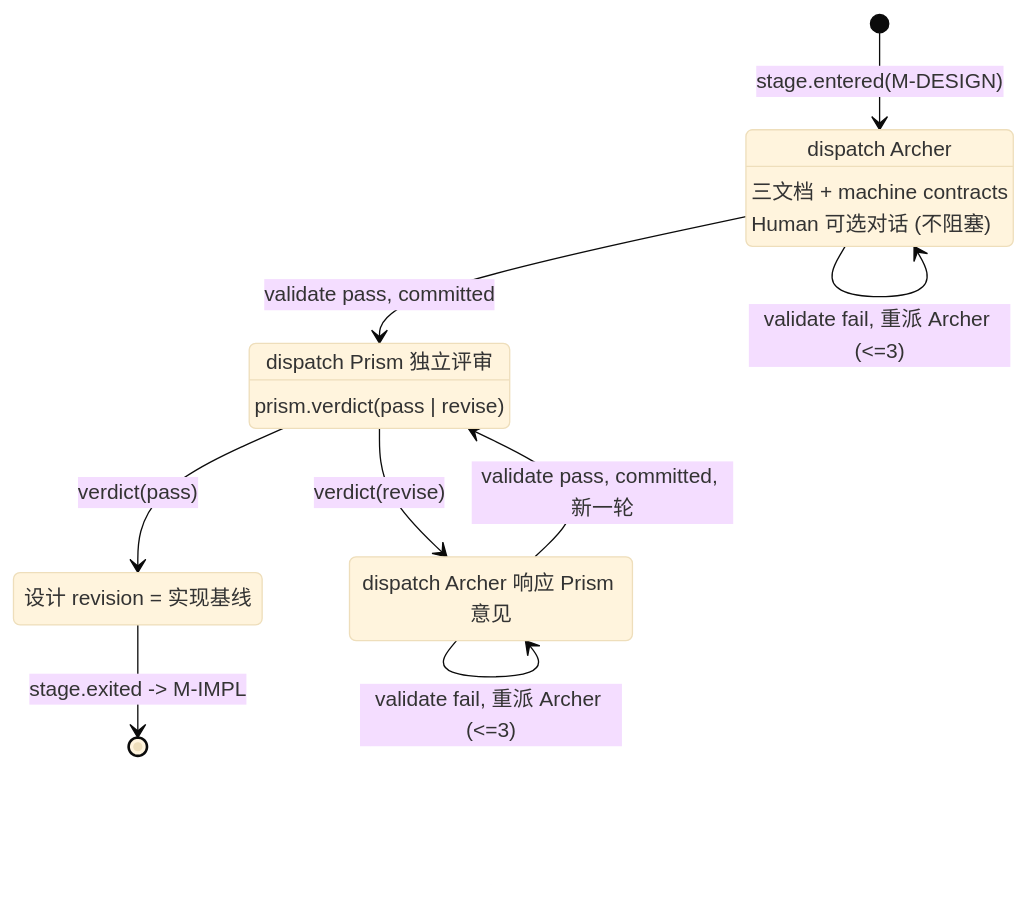
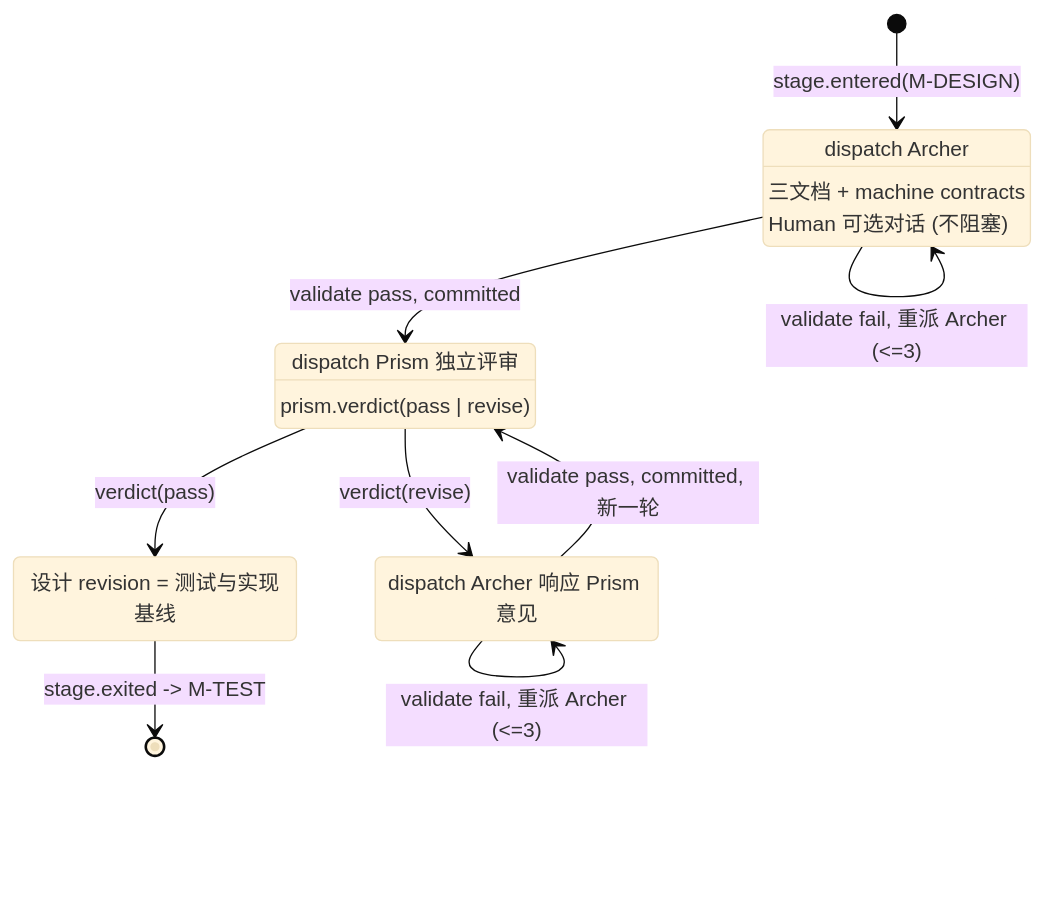
The sixth of 13 diagrams in .tracks/wiki/flow.md (quantclaws/agent-on-tracks), drawn with Mermaid (base theme) before and after one commit. The commit also changed other lines of this file and 3 other files, not shown here.

````diff
--- a/.tracks/wiki/flow.md
+++ b/.tracks/wiki/flow.md
@@ -372,26 +372,26 @@
 ```mermaid
 stateDiagram-v2
     direction TB
 
     [*] --> DRAFT : stage.entered(M-DESIGN)
 
     DRAFT : dispatch Archer
     DRAFT : 三文档 + machine contracts
     DRAFT : Human 可选对话 (不阻塞)
 
     DRAFT --> PRISM_REVIEW : validate pass, committed
     DRAFT --> DRAFT : validate fail, 重派 Archer (<=3)
 
     PRISM_REVIEW : dispatch Prism 独立评审
     PRISM_REVIEW : prism.verdict(pass | revise)
 
     PRISM_REVIEW --> EXIT : verdict(pass)
     PRISM_REVIEW --> RESPOND : verdict(revise)
 
     RESPOND : dispatch Archer 响应 Prism 意见
     RESPOND --> PRISM_REVIEW : validate pass, committed, 新一轮
     RESPOND --> RESPOND : validate fail, 重派 Archer (<=3)
 
-    EXIT : 设计 revision = 实现基线
-    EXIT --> [*] : stage.exited -> M-IMPL
+    EXIT : 设计 revision = 测试与实现基线
+    EXIT --> [*] : stage.exited -> M-TEST
 ```
````
